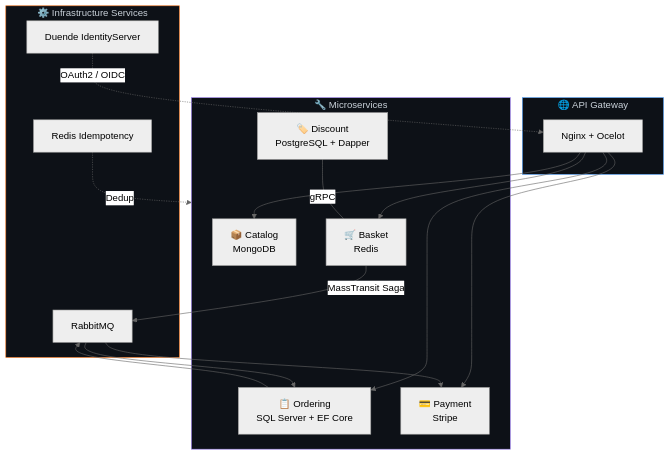
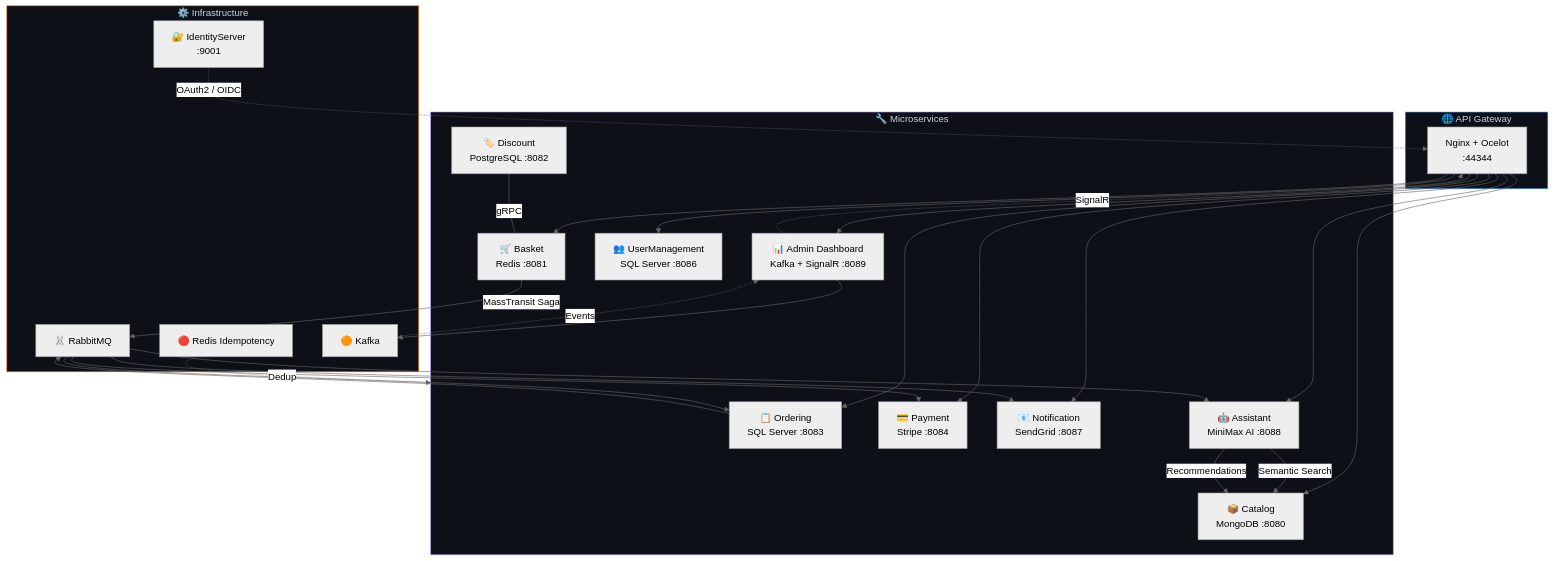
The first of 2 diagrams in README.md (AbanoubPhelopos/AbanoubPhelopos), drawn with Mermaid (neutral theme) before and after one commit. The commit also changed other lines of this file, not shown here.

Commit message:
docs: update E-Commerce microservices section with expanded features
- Add Admin Dashboard with Kafka + SignalR real-time analytics
- Add AI Shopping Assistant with MiniMax M2.7 embeddings
- Add Notification service with SendGrid
- Add UserManagement service
- Update count from 6 to 10+ microservices
- Expand architecture diagram with all services
- Update tools & stack list with SignalR, Confluent.Kafka, MiniMax AI

````diff
--- a/README.md
+++ b/README.md
@@ -70,34 +73,54 @@
 ```mermaid
 flowchart TD
     subgraph Gateway["🌐 API Gateway"]
-        GW[Nginx + Ocelot]
+        GW[Nginx + Ocelot<br/>:44344]
     end
     subgraph Services["🔧 Microservices"]
-        CAT[📦 Catalog<br/>MongoDB]
-        BAS[🛒 Basket<br/>Redis]
-        DIS[🏷️ Discount<br/>PostgreSQL + Dapper]
-        ORD[📋 Ordering<br/>SQL Server + EF Core]
-        PAY[💳 Payment<br/>Stripe]
+        CAT[📦 Catalog<br/>MongoDB :8080]
+        BAS[🛒 Basket<br/>Redis :8081]
+        DIS[🏷️ Discount<br/>PostgreSQL :8082]
+        ORD[📋 Ordering<br/>SQL Server :8083]
+        PAY[💳 Payment<br/>Stripe :8084]
+        USR[👥 UserManagement<br/>SQL Server :8086]
+        NOT[📧 Notification<br/>SendGrid :8087]
+        AST[🤖 Assistant<br/>MiniMax AI :8088]
+        ADM[📊 Admin Dashboard<br/>Kafka + SignalR :8089]
     end
-    subgraph Infra["⚙️ Infrastructure Services"]
-        MQ[RabbitMQ]
-        IS[Duende IdentityServer]
-        RD[Redis Idempotency]
+    subgraph Infra["⚙️ Infrastructure"]
+        MQ[🐰 RabbitMQ]
+        IS[🔐 IdentityServer<br/>:9001]
+        RD[🔴 Redis Idempotency]
+        KAF[🟠 Kafka]
     end
 
     GW --> CAT
     GW --> BAS
     GW --> ORD
     GW --> PAY
+    GW --> USR
+    GW --> NOT
+    GW --> AST
+    GW --> ADM
+    
     BAS -->|MassTransit Saga| MQ
     MQ --> ORD
     ORD --> MQ
     MQ --> PAY
+    MQ --> NOT
+    MQ --> AST
+    
+    ADM --> KAF
+    KAF -.->|Events| ADM
+    ADM -.->|SignalR| GW
+    
     DIS ---|gRPC| BAS
+    AST -->|Semantic Search| CAT
+    AST -->|Recommendations| CAT
+    
     IS -.->|OAuth2 / OIDC| GW
     RD -.->|Dedup| Services
 
     style Gateway fill:#0d1117,stroke:#58a6ff,color:#c9d1d9
     style Services fill:#0d1117,stroke:#a78bfa,color:#c9d1d9
     style Infra fill:#0d1117,stroke:#f97316,color:#c9d1d9
 ```
````
